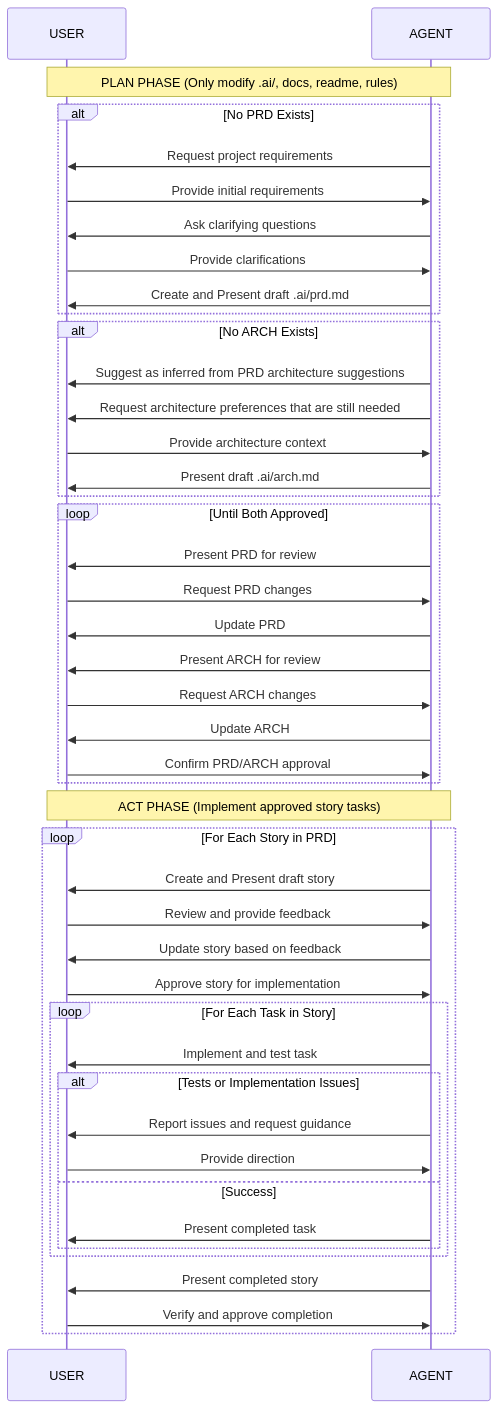
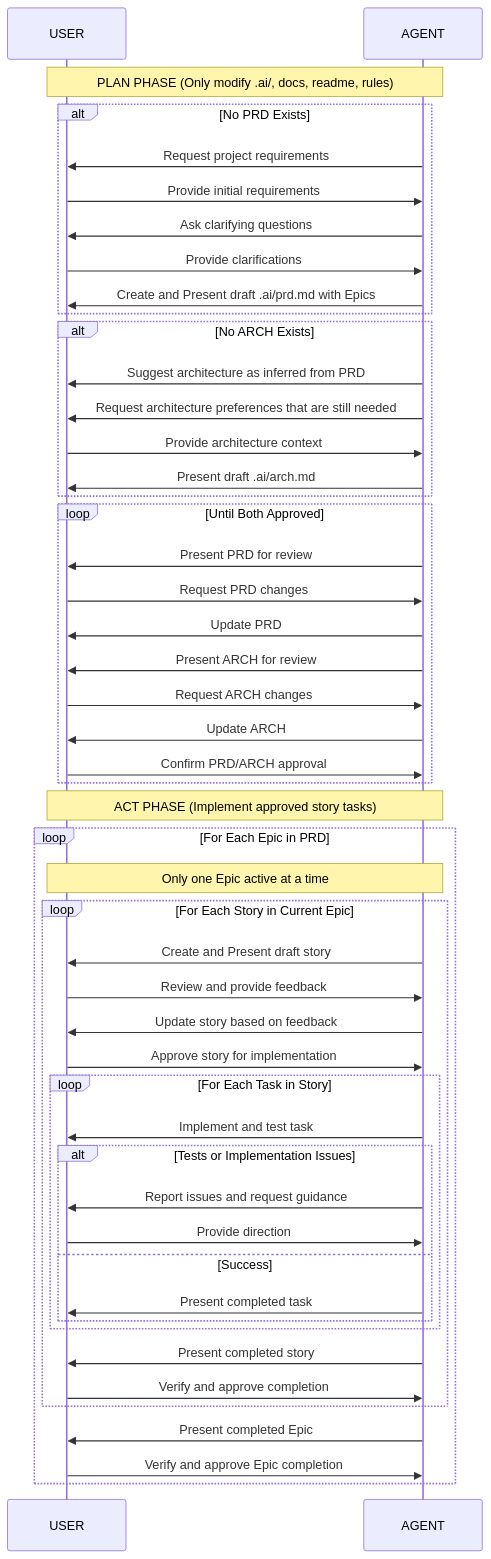
Before and after one commit to sparklepop/cursor-auto-rules-agile-workflow: the diagram in .cursor/rules/801-agile-cursor.mdc, drawn with Mermaid. The commit also changed other lines of this file and 2 other files, not shown here.

Commit message:
epic concept added

````diff
--- a/.cursor/rules/801-agile-cursor.mdc
+++ b/.cursor/rules/801-agile-cursor.mdc
@@ -51,54 +54,61 @@
 ```mermaid
 sequenceDiagram
     participant U as USER
     participant A as AGENT
 
     Note over U,A: PLAN PHASE (Only modify .ai/, docs, readme, rules)
     
     alt No PRD Exists
         A->>U: Request project requirements
         U->>A: Provide initial requirements
         A->>U: Ask clarifying questions
         U->>A: Provide clarifications
-        A->>U: Create and Present draft .ai/prd.md
+        A->>U: Create and Present draft .ai/prd.md with Epics
     end
 
     alt No ARCH Exists
-        A->>U: Suggest as inferred from PRD architecture suggestions
+        A->>U: Suggest architecture as inferred from PRD
         A->>U: Request architecture preferences that are still needed
         U->>A: Provide architecture context
         A->>U: Present draft .ai/arch.md
     end
 
     loop Until Both Approved
         A->>U: Present PRD for review
         U->>A: Request PRD changes
         A->>U: Update PRD
         A->>U: Present ARCH for review
         U->>A: Request ARCH changes
         A->>U: Update ARCH
         U->>A: Confirm PRD/ARCH approval
     end
 
     Note over U,A: ACT PHASE (Implement approved story tasks)
 
-    loop For Each Story in PRD
-        A->>U: Create and Present draft story
-        U->>A: Review and provide feedback
-        A->>U: Update story based on feedback
-        U->>A: Approve story for implementation
+    loop For Each Epic in PRD
+        Note over U,A: Only one Epic active at a time
+        
+        loop For Each Story in Current Epic
+            A->>U: Create and Present draft story
+            U->>A: Review and provide feedback
+            A->>U: Update story based on feedback
+            U->>A: Approve story for implementation
 
-        loop For Each Task in Story
-            A->>U: Implement and test task
-            alt Tests or Implementation Issues
-                A->>U: Report issues and request guidance
-                U->>A: Provide direction
-            else Success
-                A->>U: Present completed task
+            loop For Each Task in Story
+                A->>U: Implement and test task
+                alt Tests or Implementation Issues
+                    A->>U: Report issues and request guidance
+                    U->>A: Provide direction
+                else Success
+                    A->>U: Present completed task
+                end
             end
+
+            A->>U: Present completed story
+            U->>A: Verify and approve completion
         end
-
-        A->>U: Present completed story
-        U->>A: Verify and approve completion
+        
+        A->>U: Present completed Epic
+        U->>A: Verify and approve Epic completion
     end
 ```
````
